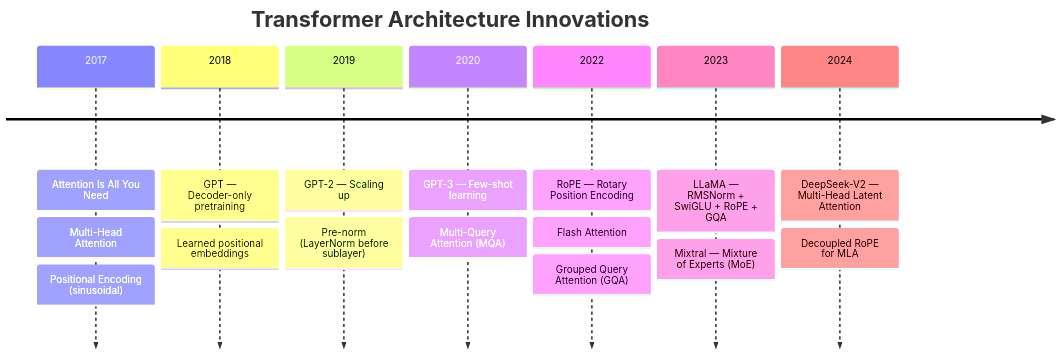
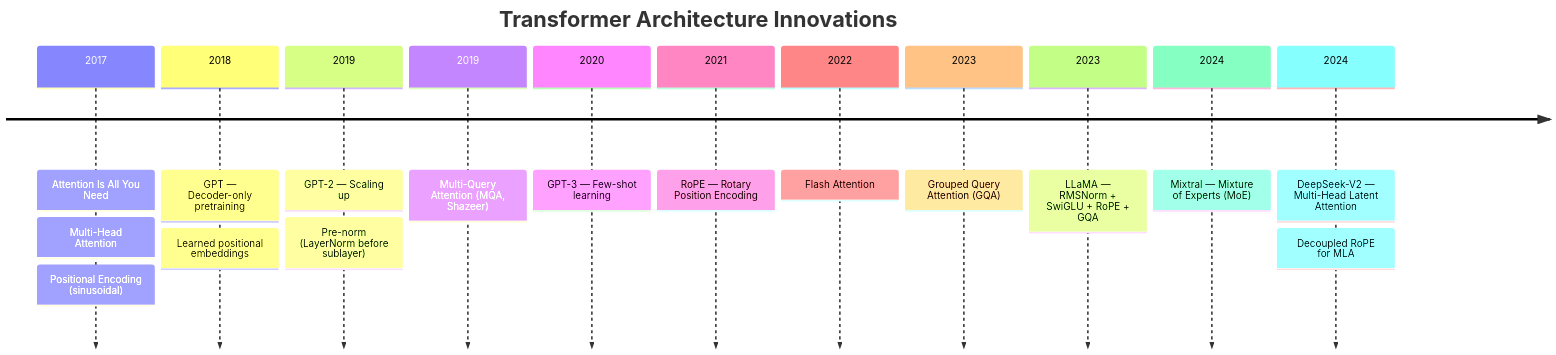
One commit to michaelellis003/LMT changed the second of 5 diagrams in docs/architecture/family-tree.md. Above: the diagram before and after it, drawn with Mermaid. The commit also changed other lines of this file and 38 other files, not shown here.

````diff
--- a/docs/architecture/family-tree.md
+++ b/docs/architecture/family-tree.md
@@ -36,20 +36,20 @@
 ```mermaid
 timeline
     title Transformer Architecture Innovations
     2017 : Attention Is All You Need
          : Multi-Head Attention
          : Positional Encoding (sinusoidal)
     2018 : GPT — Decoder-only pretraining
          : Learned positional embeddings
     2019 : GPT-2 — Scaling up
          : Pre-norm (LayerNorm before sublayer)
+    2019 : Multi-Query Attention (MQA, Shazeer)
     2020 : GPT-3 — Few-shot learning
-         : Multi-Query Attention (MQA)
-    2022 : RoPE — Rotary Position Encoding
-         : Flash Attention
-         : Grouped Query Attention (GQA)
+    2021 : RoPE — Rotary Position Encoding
+    2022 : Flash Attention
+    2023 : Grouped Query Attention (GQA)
     2023 : LLaMA — RMSNorm + SwiGLU + RoPE + GQA
-         : Mixtral — Mixture of Experts (MoE)
+    2024 : Mixtral — Mixture of Experts (MoE)
     2024 : DeepSeek-V2 — Multi-Head Latent Attention
          : Decoupled RoPE for MLA
 ```
````
